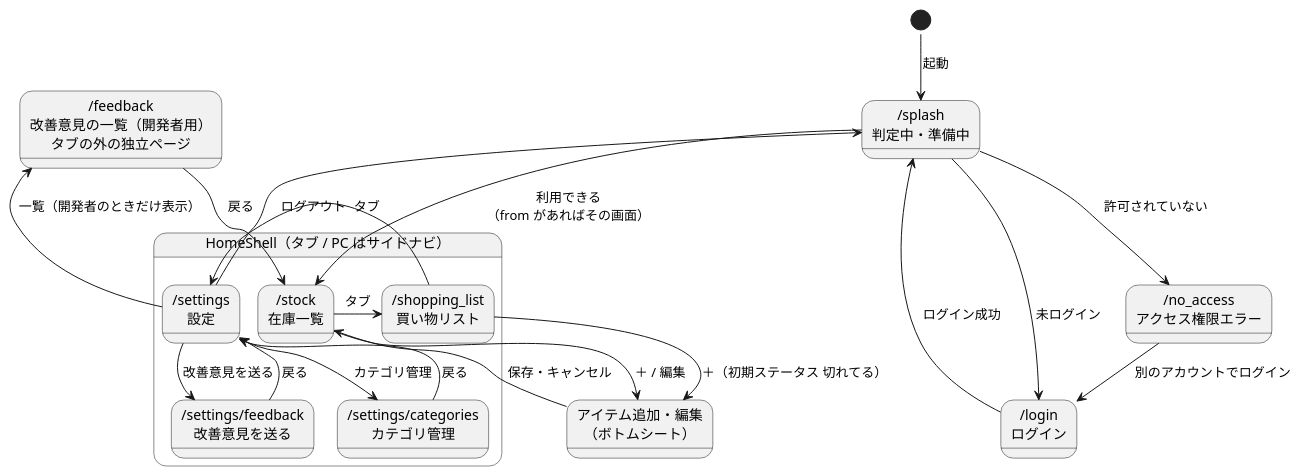
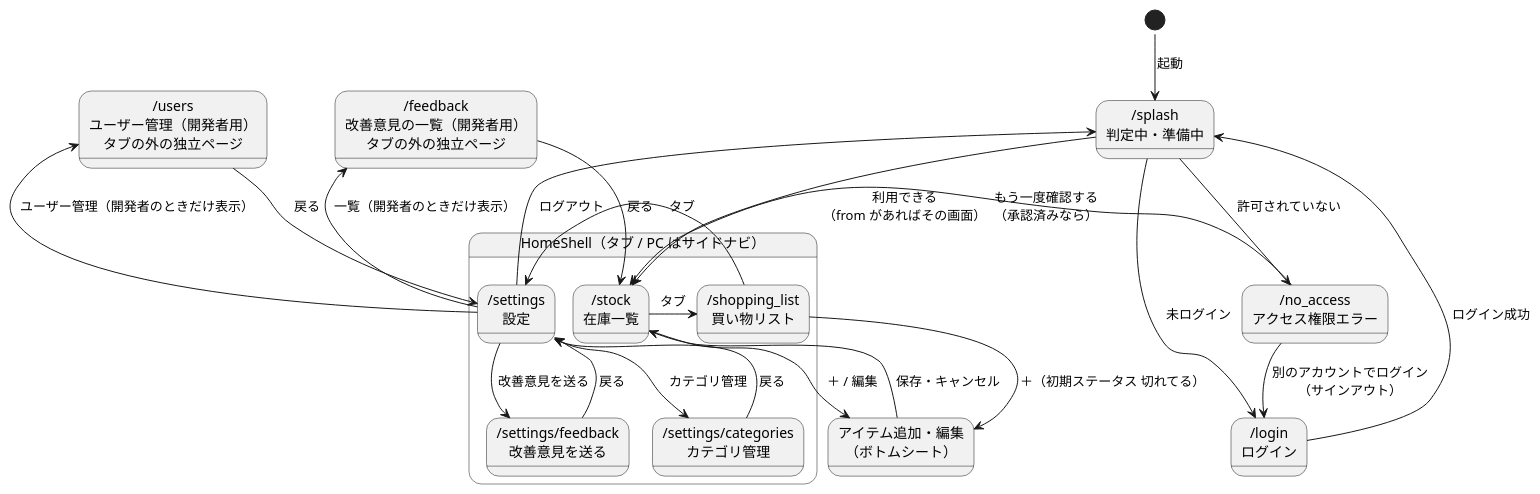
One commit to LASC-SINCE2015/LivingManager changed the diagram in design/screens/diagrams/screen_flow.puml. Above: the diagram before and after it, drawn with PlantUML. The commit also changed 45 other files, not shown here.

```diff
--- a/design/screens/diagrams/screen_flow.puml
+++ b/design/screens/diagrams/screen_flow.puml
@@ -1,41 +1,45 @@
 @startuml screen_flow
 !pragma layout smetana
 ' 画面（ルート）とその間の遷移
 skinparam defaultFontName "Meiryo"
 
 state "/splash\n判定中・準備中" as Splash
 state "/login\nログイン" as Login
 state "/no_access\nアクセス権限エラー" as NoAccess
 
 state "HomeShell（タブ / PC はサイドナビ）" as Shell {
   state "/stock\n在庫一覧" as Stock
   state "/shopping_list\n買い物リスト" as Shopping
   state "/settings\n設定" as Settings
   state "/settings/categories\nカテゴリ管理" as Categories
   state "/settings/feedback\n改善意見を送る" as SendFeedback
   Stock -right-> Shopping : タブ
   Shopping -right-> Settings : タブ
   Settings --> Categories : カテゴリ管理
   Categories --> Settings : 戻る
   Settings --> SendFeedback : 改善意見を送る
   SendFeedback --> Settings : 戻る
 }
 
 state "/feedback\n改善意見の一覧（開発者用）\nタブの外の独立ページ" as FeedbackList
+state "/users\nユーザー管理（開発者用）\nタブの外の独立ページ" as Users
 
 state "アイテム追加・編集\n（ボトムシート）" as EditSheet
 
 [*] --> Splash : 起動
 Splash --> Login : 未ログイン
 Splash --> Stock : 利用できる\n（from があればその画面）
 Splash --> NoAccess : 許可されていない
 Login --> Splash : ログイン成功
-NoAccess --> Login : 別のアカウントでログイン
+NoAccess --> Login : 別のアカウントでログイン\n（サインアウト）
+NoAccess --> Stock : もう一度確認する\n（承認済みなら）
 Settings --> Splash : ログアウト
 Settings --> FeedbackList : 一覧（開発者のときだけ表示）
 FeedbackList --> Stock : 戻る
+Settings --> Users : ユーザー管理（開発者のときだけ表示）
+Users --> Settings : 戻る
 
 Stock --> EditSheet : ＋ / 編集
 Shopping --> EditSheet : ＋（初期ステータス 切れてる）
 EditSheet --> Stock : 保存・キャンセル
 @enduml
```
